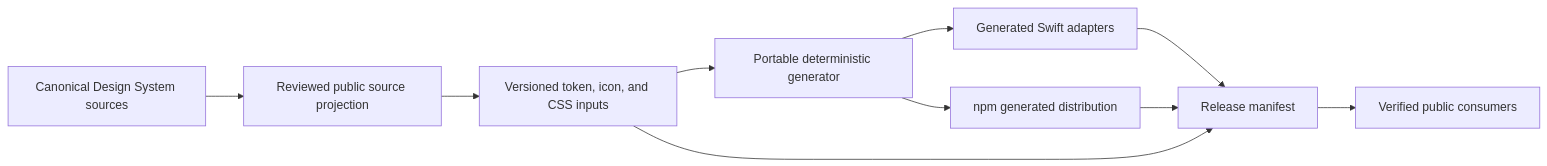
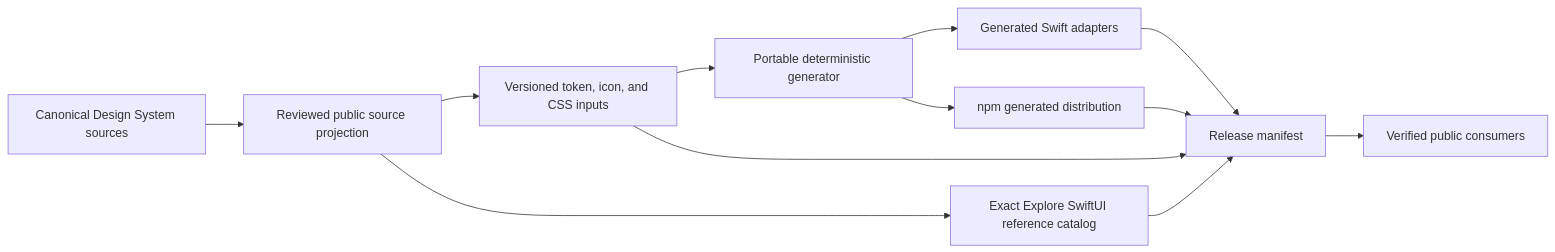
The diagram in packages/docs/ARCHITECTURE.md (qenterra/design-system), drawn with Mermaid before and after one commit. The commit also changed other lines of this file and 304 other files, not shown here.

Commit message:
Add Explore SwiftUI source catalog

````diff
--- a/packages/docs/ARCHITECTURE.md
+++ b/packages/docs/ARCHITECTURE.md
@@ -9,12 +9,14 @@
 ```mermaid
 flowchart LR
     Canonical[Canonical Design System sources] --> Projection[Reviewed public source projection]
     Projection --> NpmSource[Versioned token, icon, and CSS inputs]
+    Projection --> Explore[Exact Explore SwiftUI reference catalog]
     NpmSource --> Generator[Portable deterministic generator]
     Generator --> Swift[Generated Swift adapters]
     Generator --> NpmDist[npm generated distribution]
     Swift --> Manifest[Release manifest]
     NpmSource --> Manifest
     NpmDist --> Manifest
+    Explore --> Manifest
     Manifest --> Consumers[Verified public consumers]
 ```
````
